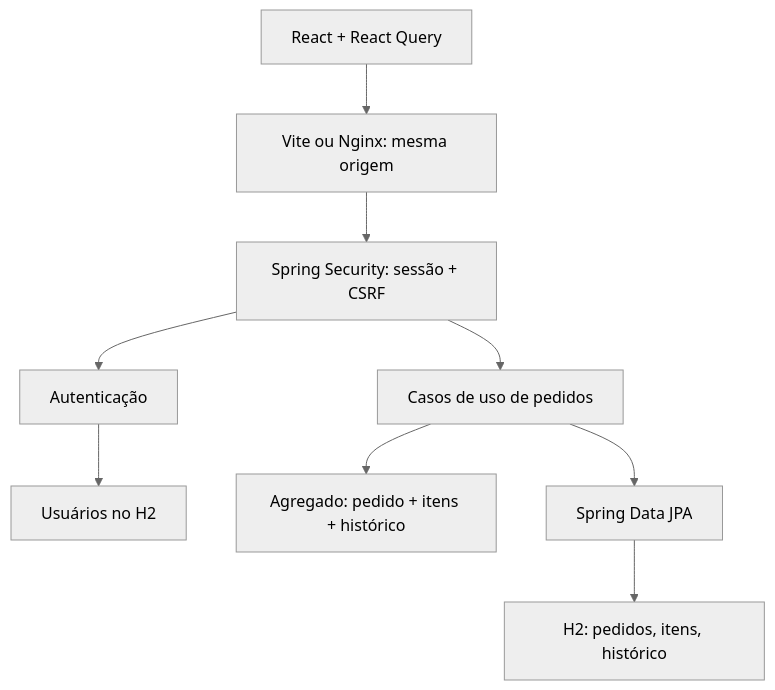
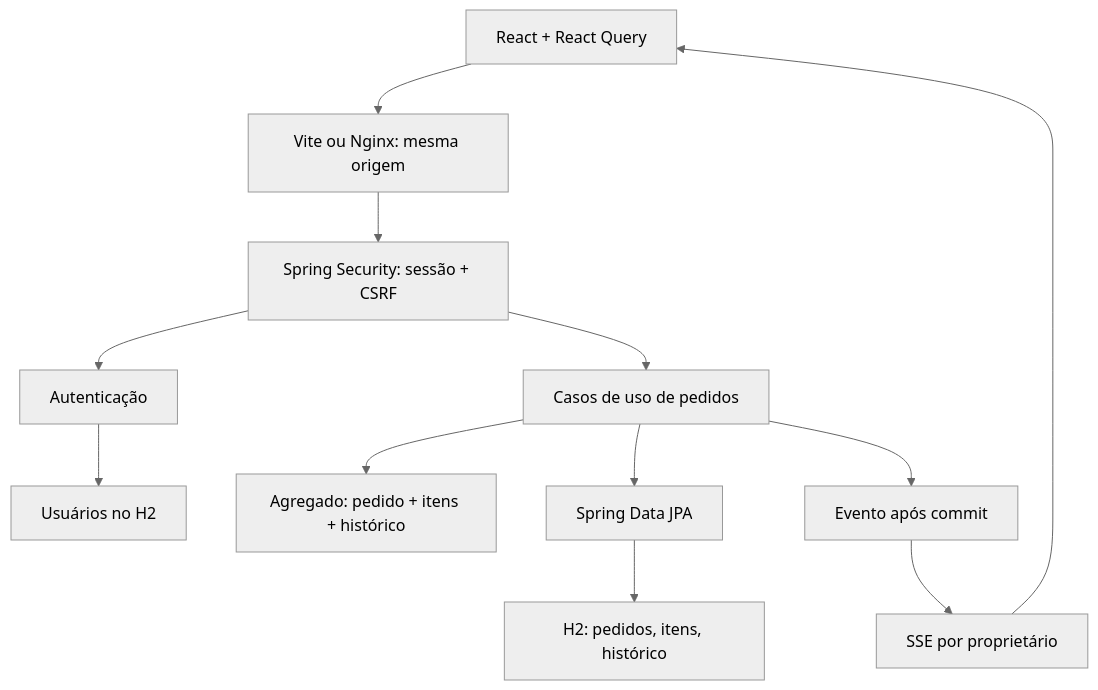
The first of 4 diagrams in docs/system-design.md (CleissonV/foody-tracker), drawn with Mermaid (neutral theme) before and after one commit. The commit also changed other lines of this file and 22 other files, not shown here.

````diff
--- a/docs/system-design.md
+++ b/docs/system-design.md
@@ -9,11 +9,14 @@
 ```mermaid
 flowchart TD
   Browser["React + React Query"] --> Proxy["Vite ou Nginx: mesma origem"]
   Proxy --> Security["Spring Security: sessão + CSRF"]
   Security --> Auth["Autenticação"]
   Security --> Orders["Casos de uso de pedidos"]
   Auth --> UsersDB["Usuários no H2"]
   Orders --> Domain["Agregado: pedido + itens + histórico"]
   Orders --> Repo["Spring Data JPA"]
   Repo --> OrdersDB["H2: pedidos, itens, histórico"]
+  Orders --> Commit["Evento após commit"]
+  Commit --> SSE["SSE por proprietário"]
+  SSE --> Browser
 ```
````
